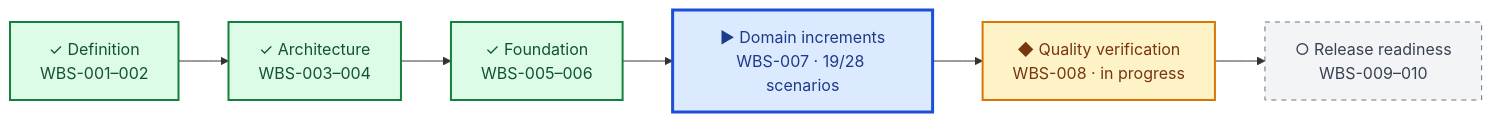
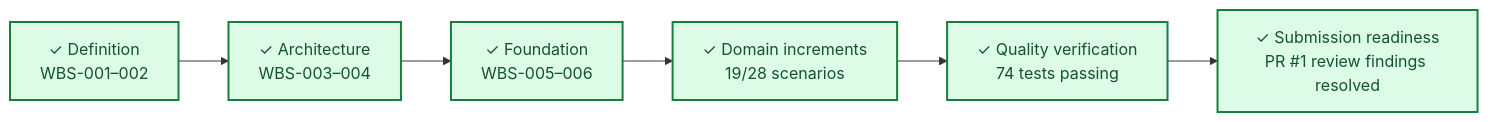
One commit to stoarch/testA2 changed the diagram in DASHBOARD/PROGRESS.md. Above: the diagram before and after it, drawn with Mermaid. The commit also changed other lines of this file and 10 other files, not shown here.

````diff
--- a/DASHBOARD/PROGRESS.md
+++ b/DASHBOARD/PROGRESS.md
@@ -7,17 +7,11 @@
 ```mermaid
 flowchart LR
     M1["✓ Definition<br/>WBS-001–002"] --> M2["✓ Architecture<br/>WBS-003–004"]
     M2 --> M3["✓ Foundation<br/>WBS-005–006"]
-    M3 --> M4["▶ Domain increments<br/>WBS-007 · 19/28 scenarios"]
-    M4 --> M5["◆ Quality verification<br/>WBS-008 · in progress"]
-    M5 --> M6["○ Release readiness<br/>WBS-009–010"]
+    M3 --> M4["✓ Domain increments<br/>19/28 scenarios"]
+    M4 --> M5["✓ Quality verification<br/>74 tests passing"]
+    M5 --> M6["✓ Submission readiness<br/>PR #1 review findings resolved"]
 
     classDef done fill:#dcfce7,stroke:#15803d,color:#14532d,stroke-width:2px;
-    classDef active fill:#dbeafe,stroke:#1d4ed8,color:#1e3a8a,stroke-width:3px;
-    classDef parallel fill:#fef3c7,stroke:#d97706,color:#78350f,stroke-width:2px;
-    classDef planned fill:#f3f4f6,stroke:#6b7280,color:#374151,stroke-dasharray:5 5;
-    class M1,M2,M3 done;
-    class M4 active;
-    class M5 parallel;
-    class M6 planned;
+    class M1,M2,M3,M4,M5,M6 done;
 ```
````
